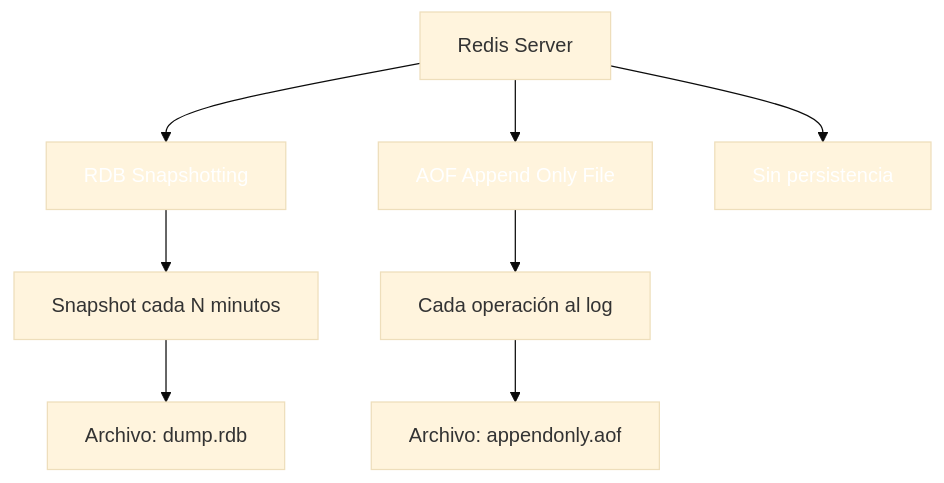
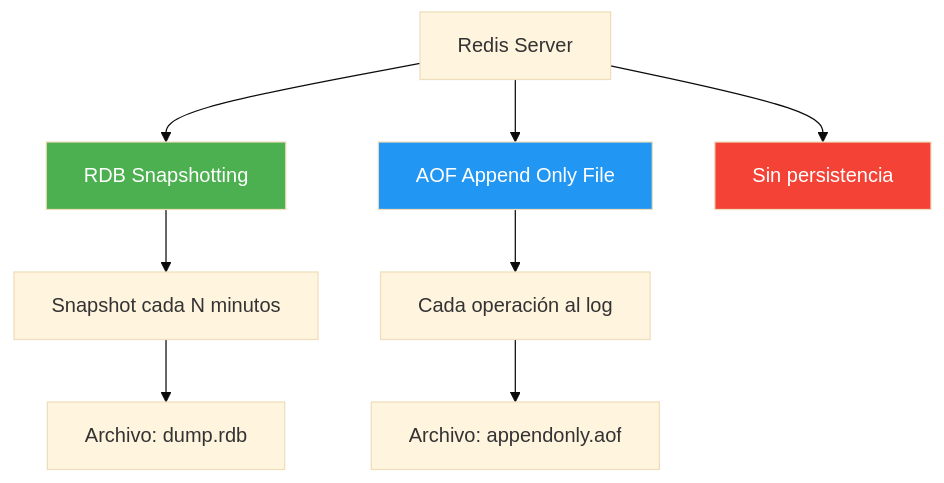
Before and after one commit to joseluisgs/DesarrolloWebEntornosServidor-02-2026-2027: diagram 13 of 17 in 14-cache-redis.md, drawn with Mermaid (base theme). The commit also changed other lines of this file, not shown here.

````diff
--- a/14-cache-redis.md
+++ b/14-cache-redis.md
@@ -465,13 +474,13 @@
 ```mermaid
 flowchart TB
     A["Redis Server"] --> B["RDB Snapshotting"]
     A --> C["AOF Append Only File"]
     A --> D["Sin persistencia"]
     B --> B1["Snapshot cada N minutos"]
     B1 --> B2["Archivo: dump.rdb"]
     C --> C1["Cada operación al log"]
     C1 --> C2["Archivo: appendonly.aof"]
-    style B fill:#4CAF5,color:#fff0,color:#fff
-    style C fill:#2196F,color:#fff3,color:#fff
-    style D fill:#F4433,color:#fff6,color:#fff
+    style B fill:#4CAF50,color:#fff
+    style C fill:#2196F3,color:#fff
+    style D fill:#F44336,color:#fff
 ```
````
